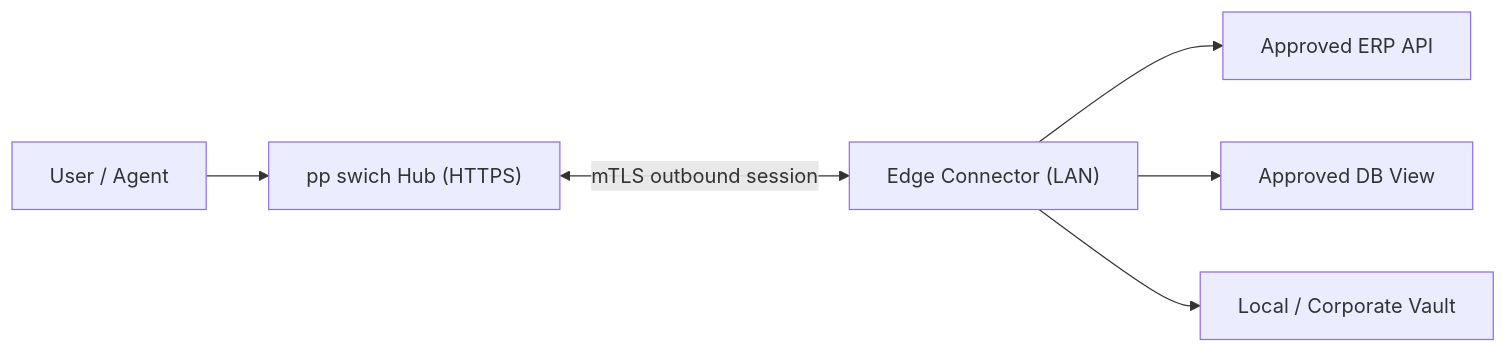
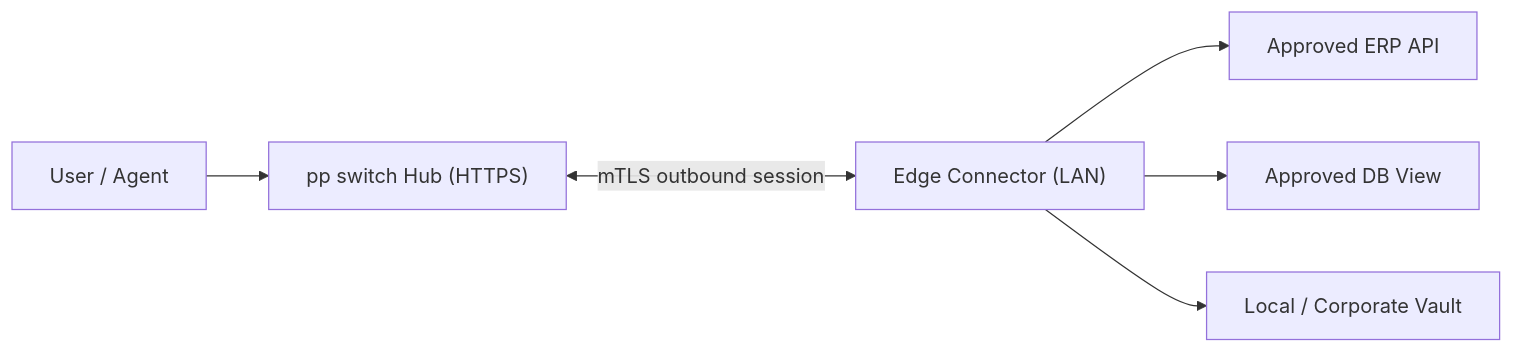
One commit to CheeseMac/pp-swich changed the diagram in docs/10-DEPLOYMENT.md. Above: the diagram before and after it, drawn with Mermaid. The commit also changed other lines of this file and 165 other files, not shown here.

First line of the commit message:
rename: pp-swich -> pp-switch (fix the missing 't' typo)

````diff
--- a/docs/10-DEPLOYMENT.md
+++ b/docs/10-DEPLOYMENT.md
@@ -49,8 +49,8 @@
 ```mermaid
 flowchart LR
-  User["User / Agent"] --> Hub["pp swich Hub (HTTPS)"]
+  User["User / Agent"] --> Hub["pp switch Hub (HTTPS)"]
   Hub <-->|"mTLS outbound session"| Edge["Edge Connector (LAN)"]
   Edge --> ERP["Approved ERP API"]
   Edge --> DB["Approved DB View"]
   Edge --> Vault["Local / Corporate Vault"]
 ```
````
